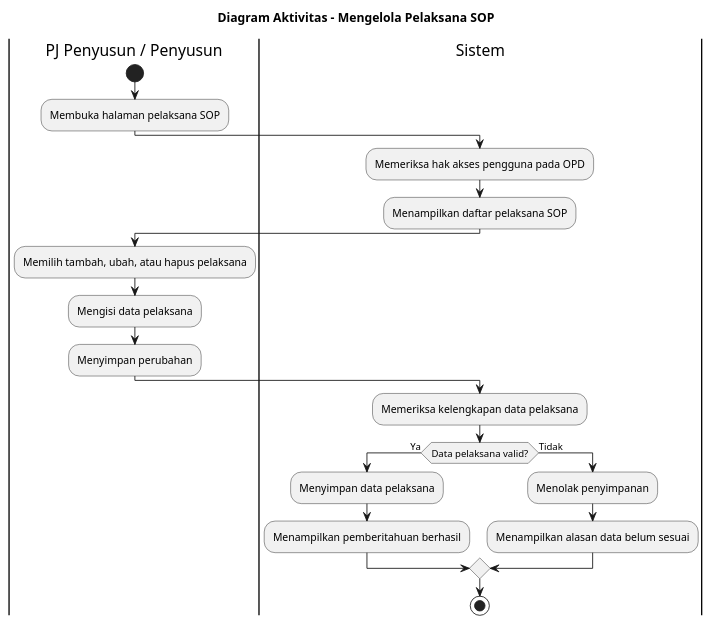
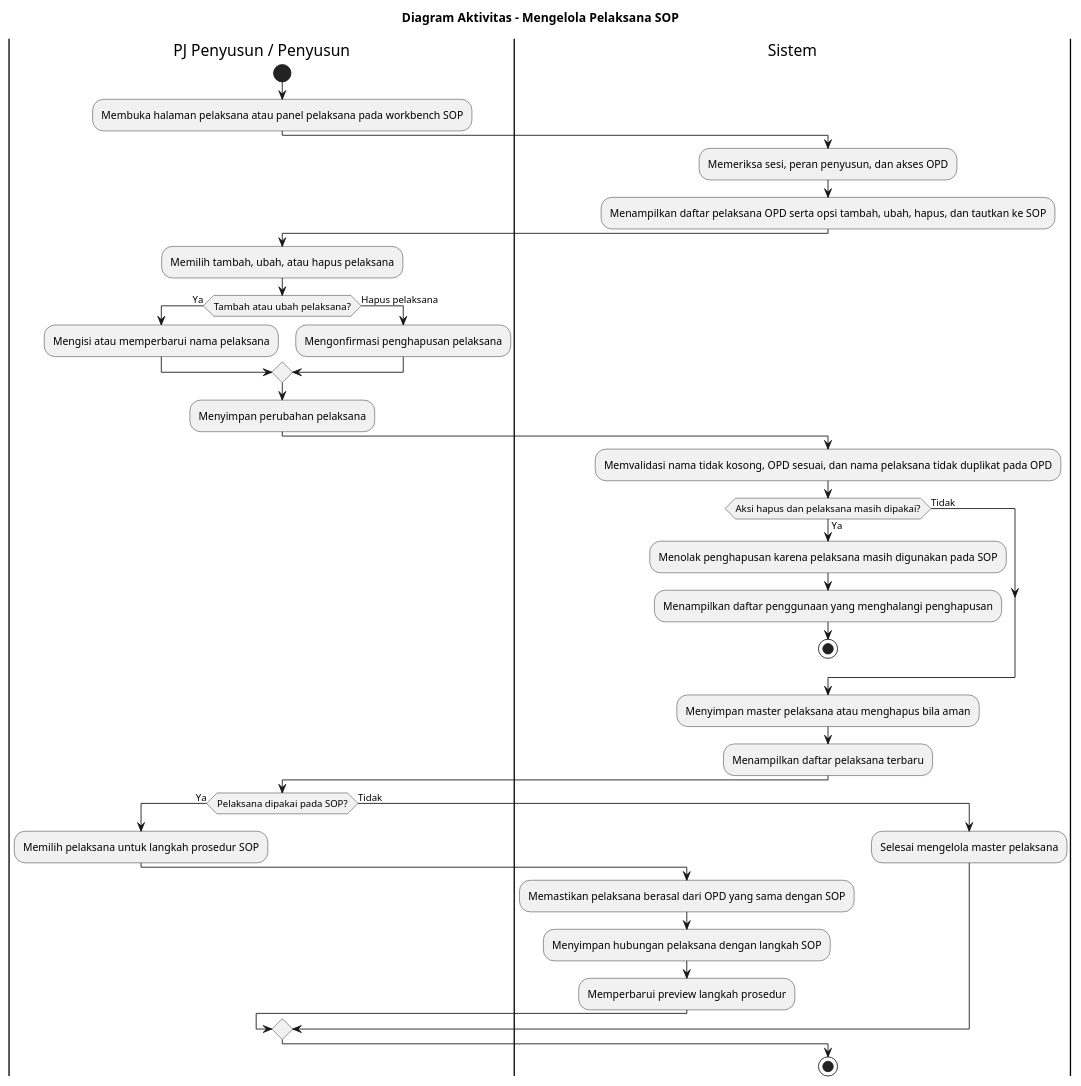
One commit to howlil/sop-generate-app changed the diagram in docs/activity-diagram/lampiran/pj-penyusun-penyusun-mengelola-pelaksana-sop.md. Above: the diagram before and after it, drawn with PlantUML. The commit also changed other lines of this file and 90 other files, not shown here.

````diff
--- a/docs/activity-diagram/lampiran/pj-penyusun-penyusun-mengelola-pelaksana-sop.md
+++ b/docs/activity-diagram/lampiran/pj-penyusun-penyusun-mengelola-pelaksana-sop.md
@@ -16,30 +16,51 @@
 ```plantuml
 @startuml
 title Diagram Aktivitas - Mengelola Pelaksana SOP
 
 |PJ Penyusun / Penyusun|
 start
-:Membuka halaman pelaksana SOP;
+:Membuka halaman pelaksana atau panel pelaksana pada workbench SOP;
 
 |Sistem|
-:Memeriksa hak akses pengguna pada OPD;
-:Menampilkan daftar pelaksana SOP;
+:Memeriksa sesi, peran penyusun, dan akses OPD;
+:Menampilkan daftar pelaksana OPD serta opsi tambah, ubah, hapus, dan tautkan ke SOP;
 
 |PJ Penyusun / Penyusun|
 :Memilih tambah, ubah, atau hapus pelaksana;
-:Mengisi data pelaksana;
-:Menyimpan perubahan;
+
+if (Tambah atau ubah pelaksana?) then (Ya)
+  :Mengisi atau memperbarui nama pelaksana;
+else (Hapus pelaksana)
+  :Mengonfirmasi penghapusan pelaksana;
+endif
+
+:Menyimpan perubahan pelaksana;
 
 |Sistem|
-:Memeriksa kelengkapan data pelaksana;
-if (Data pelaksana valid?) then (Ya)
-  :Menyimpan data pelaksana;
-  :Menampilkan pemberitahuan berhasil;
+:Memvalidasi nama tidak kosong, OPD sesuai, dan nama pelaksana tidak duplikat pada OPD;
+
+if (Aksi hapus dan pelaksana masih dipakai?) then (Ya)
+  :Menolak penghapusan karena pelaksana masih digunakan pada SOP;
+  :Menampilkan daftar penggunaan yang menghalangi penghapusan;
+  stop
 else (Tidak)
-  :Menolak penyimpanan;
-  :Menampilkan alasan data belum sesuai;
+endif
+
+:Menyimpan master pelaksana atau menghapus bila aman;
+:Menampilkan daftar pelaksana terbaru;
+
+|PJ Penyusun / Penyusun|
+if (Pelaksana dipakai pada SOP?) then (Ya)
+  :Memilih pelaksana untuk langkah prosedur SOP;
+
+  |Sistem|
+  :Memastikan pelaksana berasal dari OPD yang sama dengan SOP;
+  :Menyimpan hubungan pelaksana dengan langkah SOP;
+  :Memperbarui preview langkah prosedur;
+else (Tidak)
+  :Selesai mengelola master pelaksana;
 endif
 
 stop
 @enduml
 ```
````
